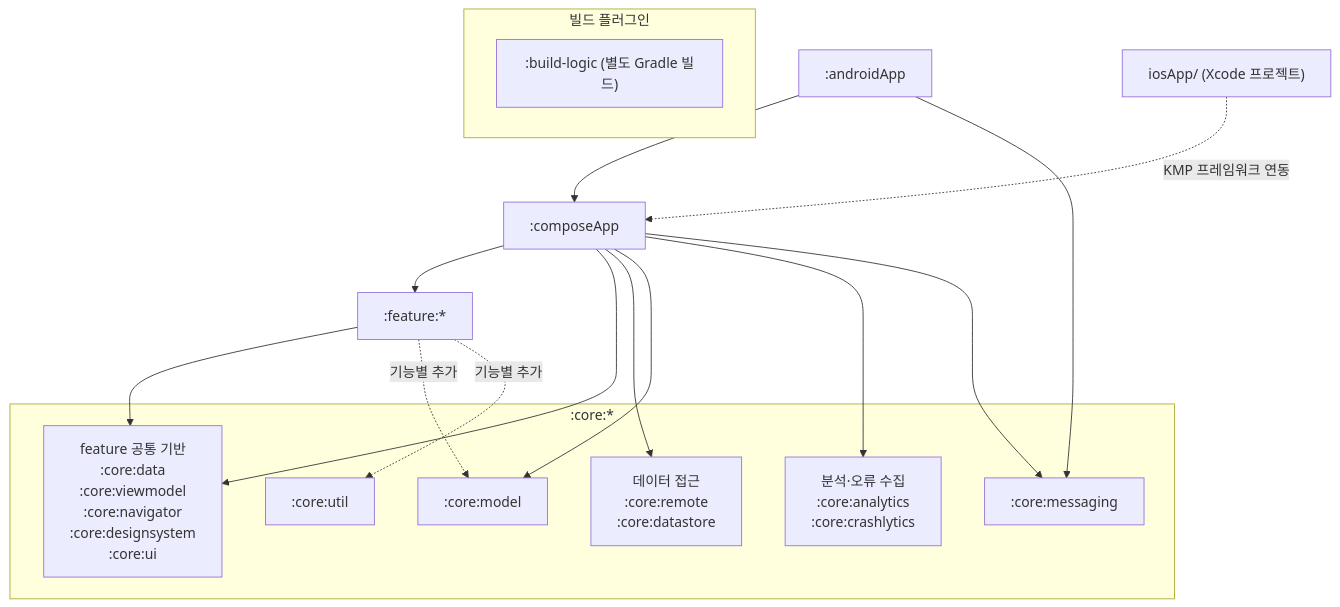
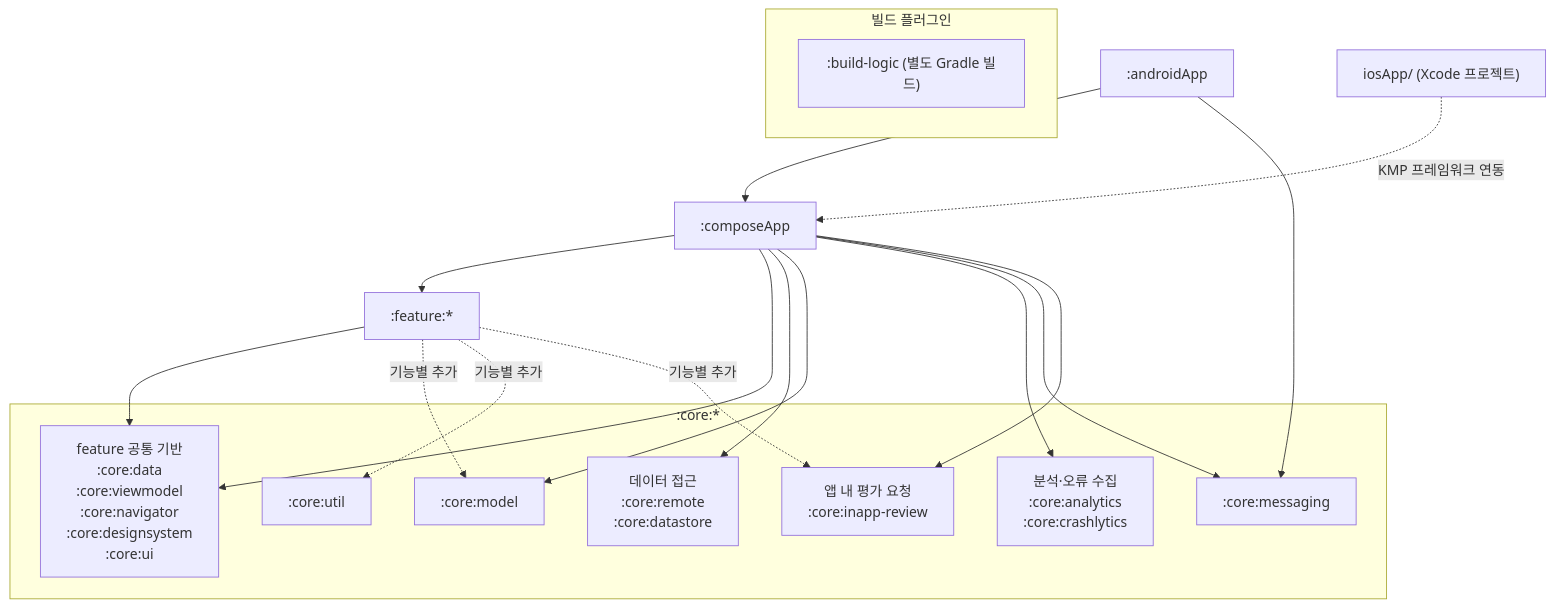
One commit to whatever-x/Caro-Mobile changed the second of 11 diagrams in ARCHITECTURE.md. Above: the diagram before and after it, drawn with Mermaid. The commit also changed other lines of this file and 38 other files, not shown here.

````diff
--- a/ARCHITECTURE.md
+++ b/ARCHITECTURE.md
@@ -37,33 +37,36 @@
 ```mermaid
 flowchart TB
     android[":androidApp"]
     ios["iosApp/ (Xcode 프로젝트)"]
     app[":composeApp"]
     feature[":feature:*"]
 
     subgraph coreModules[":core:*"]
         commonCore["feature 공통 기반<br/>:core:data<br/>:core:viewmodel<br/>:core:navigator<br/>:core:designsystem<br/>:core:ui"]
         dataCore["데이터 접근<br/>:core:remote<br/>:core:datastore"]
         model[":core:model"]
         monitoring["분석·오류 수집<br/>:core:analytics<br/>:core:crashlytics"]
         messaging[":core:messaging"]
         util[":core:util"]
+        inappReview["앱 내 평가 요청<br/>:core:inapp-review"]
     end
 
     subgraph buildPlugins["빌드 플러그인"]
         buildLogic[":build-logic (별도 Gradle 빌드)"]
     end
 
     android --> app
     android --> messaging
     ios -.->|KMP 프레임워크 연동| app
     app --> feature
     app --> commonCore
     app --> dataCore
     app --> model
     app --> monitoring
     app --> messaging
+    app --> inappReview
     feature --> commonCore
     feature -.->|기능별 추가| model
     feature -.->|기능별 추가| util
+    feature -.->|기능별 추가| inappReview
 ```
````
